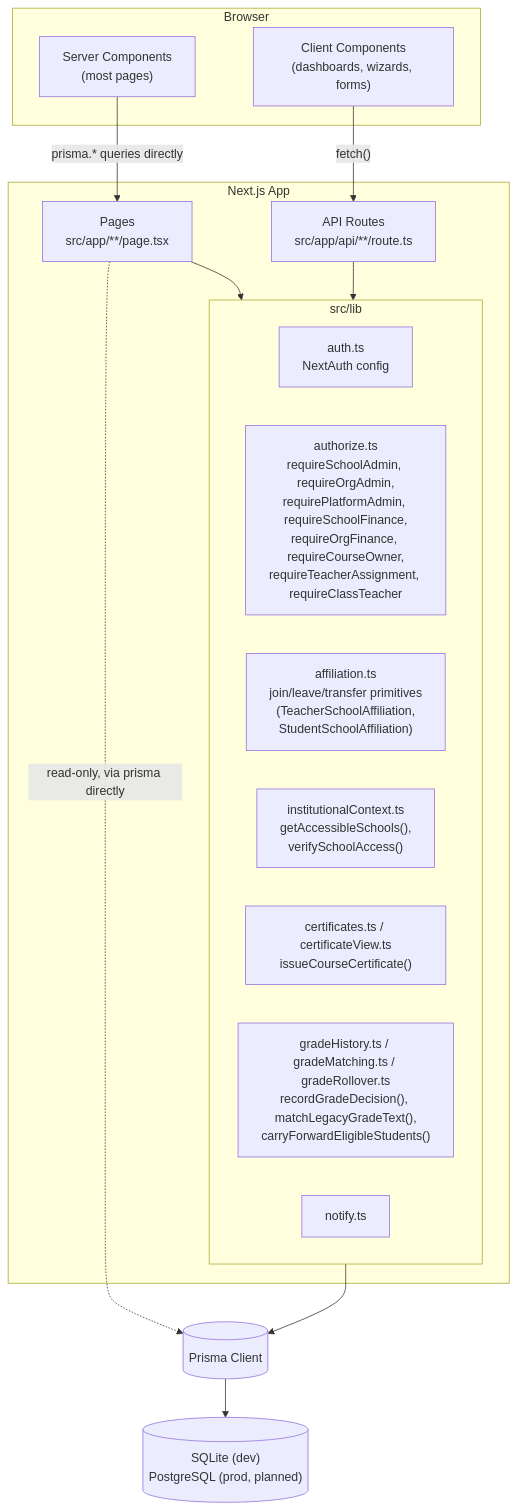
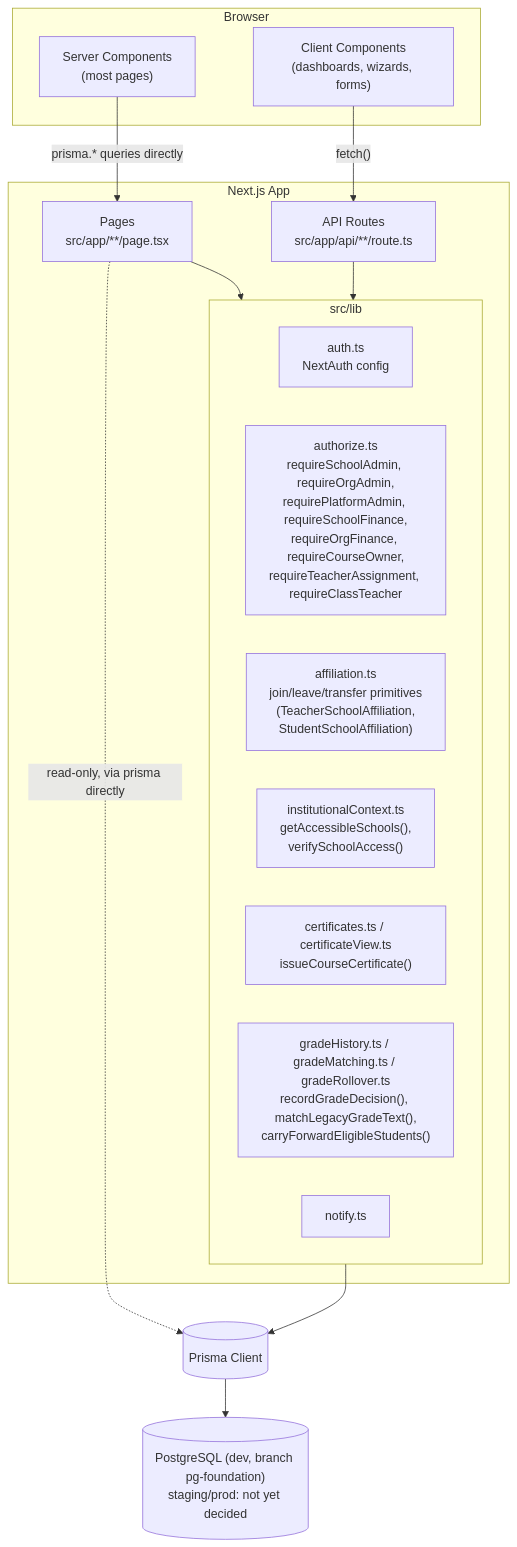
Before and after one commit to adhikariminraj/megaedu-app: the first of 2 diagrams in docs/ARCHITECTURE.md, drawn with Mermaid. The commit also changed other lines of this file and 17 other files, not shown here.

First line of the commit message:
docs: document the PostgreSQL foundation and rollback runbook (PG-KM10)

````diff
--- a/docs/ARCHITECTURE.md
+++ b/docs/ARCHITECTURE.md
@@ -42,33 +42,33 @@
 ```mermaid
 flowchart TB
     subgraph Browser
         SC["Server Components<br/>(most pages)"]
         CC["Client Components<br/>(dashboards, wizards, forms)"]
     end
 
     subgraph NextApp["Next.js App"]
         Pages["Pages<br/>src/app/**/page.tsx"]
         API["API Routes<br/>src/app/api/**/route.ts"]
 
         subgraph Lib["src/lib"]
             Auth["auth.ts<br/>NextAuth config"]
             Authorize["authorize.ts<br/>requireSchoolAdmin, requireOrgAdmin,<br/>requirePlatformAdmin, requireSchoolFinance,<br/>requireOrgFinance, requireCourseOwner,<br/>requireTeacherAssignment, requireClassTeacher"]
             Affiliation["affiliation.ts<br/>join/leave/transfer primitives<br/>(TeacherSchoolAffiliation,<br/>StudentSchoolAffiliation)"]
             Context["institutionalContext.ts<br/>getAccessibleSchools(),<br/>verifySchoolAccess()"]
             Cert["certificates.ts / certificateView.ts<br/>issueCourseCertificate()"]
             Grade["gradeHistory.ts / gradeMatching.ts / gradeRollover.ts<br/>recordGradeDecision(), matchLegacyGradeText(),<br/>carryForwardEligibleStudents()"]
             Notify["notify.ts"]
         end
     end
 
     Prisma[("Prisma Client")]
-    DB[("SQLite (dev)<br/>PostgreSQL (prod, planned)")]
+    DB[("PostgreSQL (dev, branch pg-foundation)<br/>staging/prod: not yet decided")]
 
     SC -->|"prisma.* queries directly"| Pages
     CC -->|"fetch()"| API
     Pages --> Lib
     API --> Lib
     Lib --> Prisma
     Pages -.->|"read-only, via prisma directly"| Prisma
     Prisma --> DB
 ```
````
